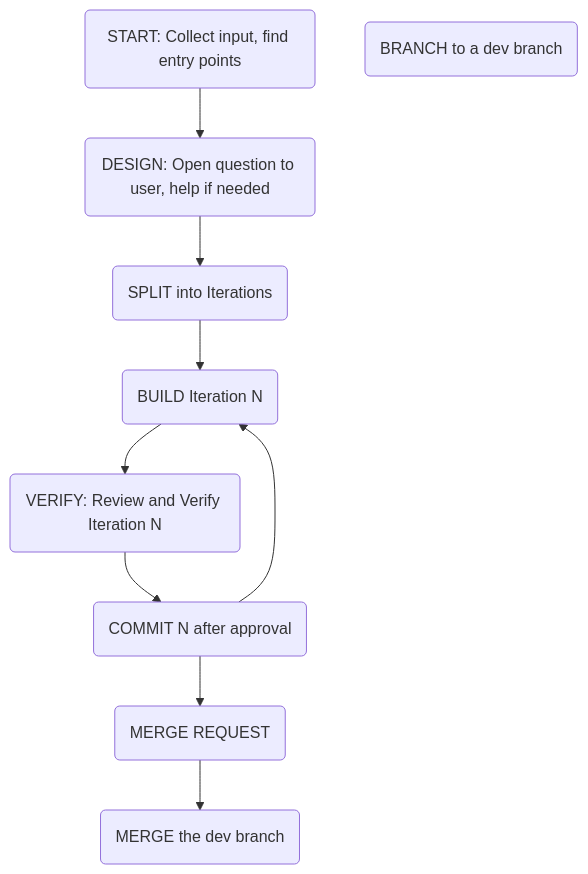
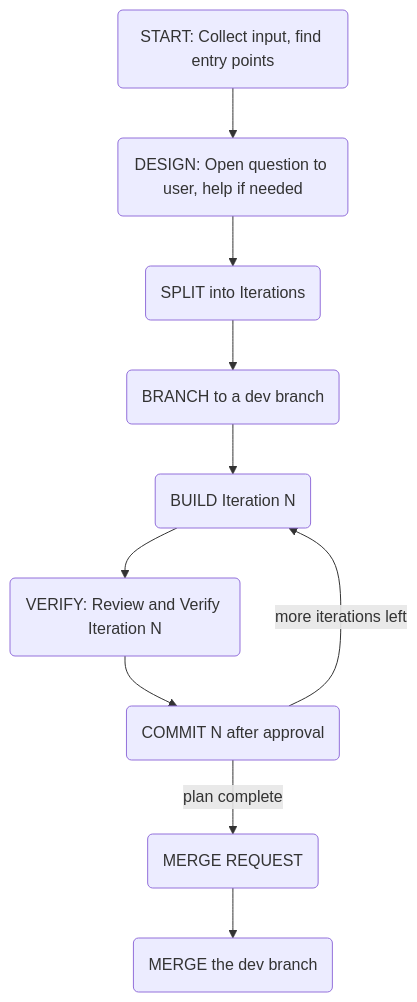
One commit to an-dr/agents changed the first of 2 diagrams in README.md. Above: the diagram before and after it, drawn with Mermaid. The commit also changed other lines of this file and 2 other files, not shown here.

First line of the commit message:
Align AGENTS.md with the two README flows and make instructions host-agnostic

````diff
--- a/README.md
+++ b/README.md
@@ -5,23 +15,23 @@
 ```mermaid
 flowchart TD
 
 START("START: Collect input, find entry points")
 DESIGN("DESIGN: Open question to user, help if needed")
 SPLIT("SPLIT into Iterations")
 BRANCH("BRANCH to a dev branch")
 BUILD("BUILD Iteration N")
 VERIFY("VERIFY: Review and Verify Iteration N")
 COMMIT("COMMIT N after approval")
 MR("MERGE REQUEST")
 MERGE("MERGE the dev branch")
 
-
 START --> DESIGN
 DESIGN --> SPLIT
-SPLIT -->BUILD
+SPLIT --> BRANCH
+BRANCH --> BUILD
 BUILD --> VERIFY
 VERIFY --> COMMIT
-COMMIT --> BUILD
-COMMIT --> MR
+COMMIT -->|more iterations left| BUILD
+COMMIT -->|plan complete| MR
 MR --> MERGE
 ```
````
